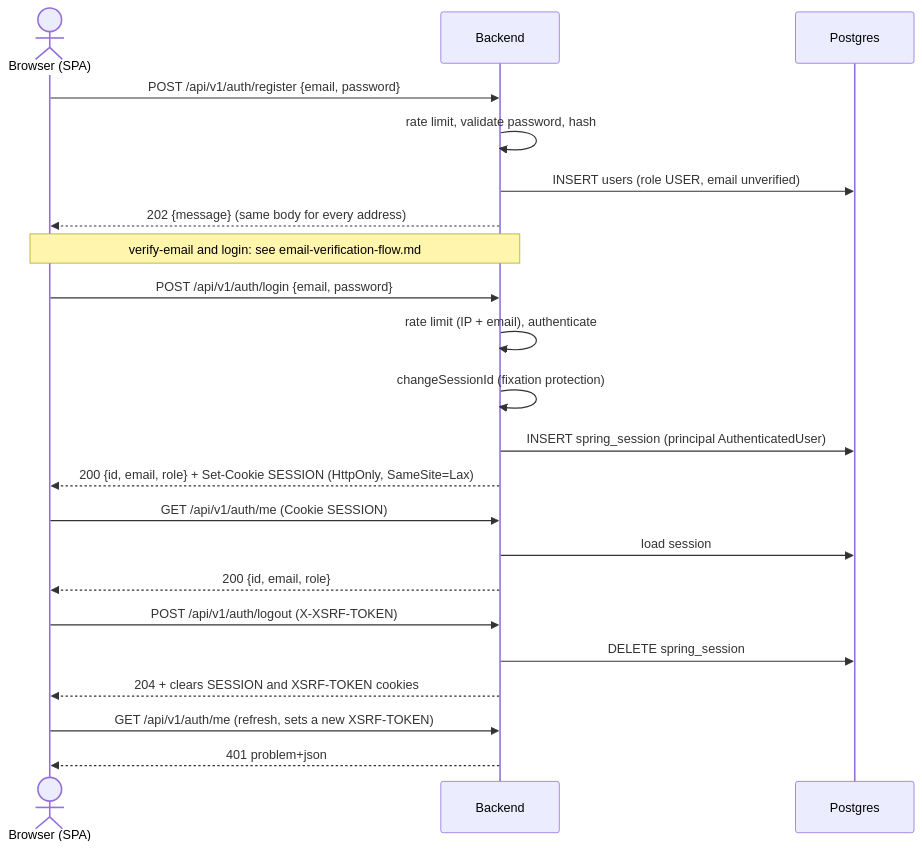
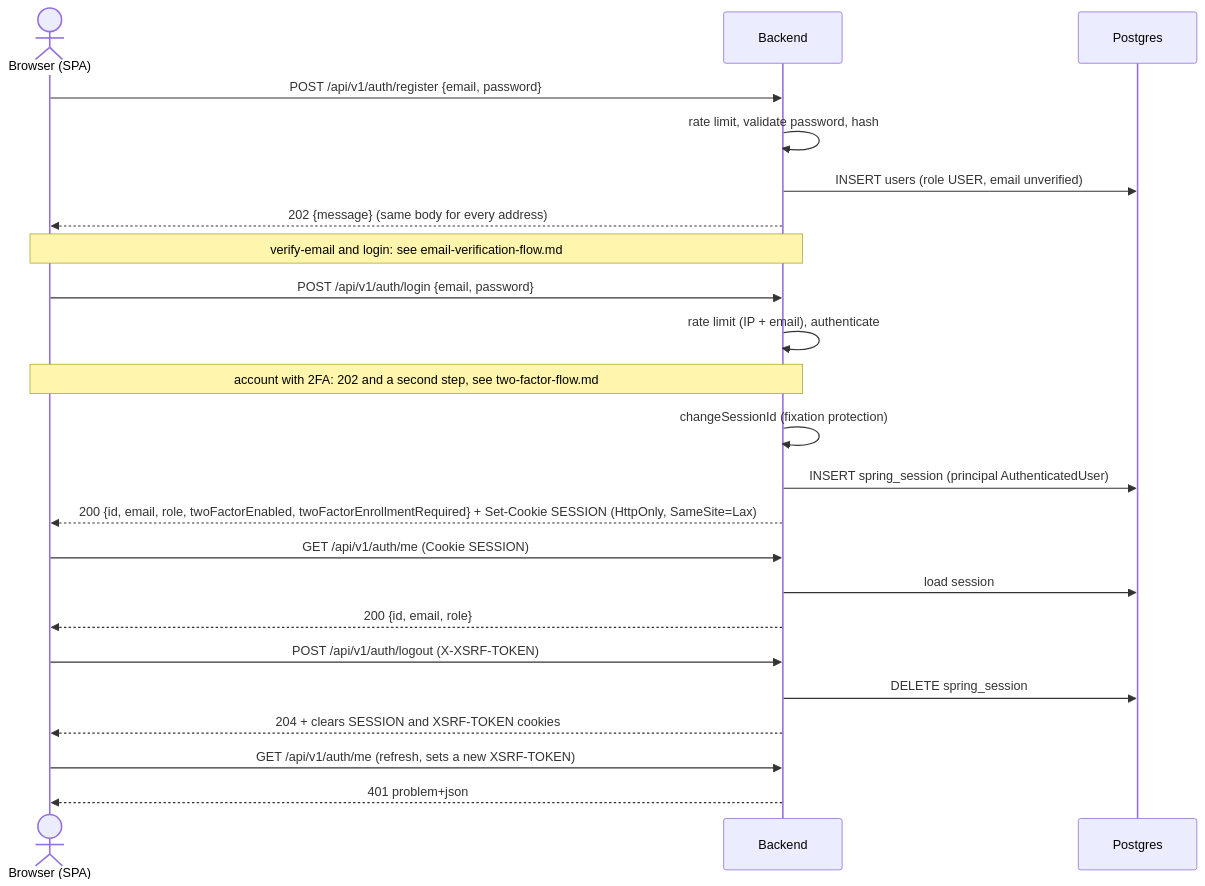
The first of 3 diagrams in docs/diagrams/auth-flow.md (makeitfine-org/phrasal), drawn with Mermaid before and after one commit. The commit also changed other lines of this file and 14 other files, not shown here.

Commit message:
docs: document two-factor authentication

````diff
--- a/docs/diagrams/auth-flow.md
+++ b/docs/diagrams/auth-flow.md
@@ -7,28 +7,29 @@
 ```mermaid
 sequenceDiagram
     actor U as Browser (SPA)
     participant B as Backend
     participant DB as Postgres
 
     U->>B: POST /api/v1/auth/register {email, password}
     B->>B: rate limit, validate password, hash
     B->>DB: INSERT users (role USER, email unverified)
     B-->>U: 202 {message} (same body for every address)
     Note over U,B: verify-email and login: see email-verification-flow.md
 
     U->>B: POST /api/v1/auth/login {email, password}
     B->>B: rate limit (IP + email), authenticate
+    Note over U,B: account with 2FA: 202 and a second step, see two-factor-flow.md
     B->>B: changeSessionId (fixation protection)
     B->>DB: INSERT spring_session (principal AuthenticatedUser)
-    B-->>U: 200 {id, email, role} + Set-Cookie SESSION (HttpOnly, SameSite=Lax)
+    B-->>U: 200 {id, email, role, twoFactorEnabled, twoFactorEnrollmentRequired} + Set-Cookie SESSION (HttpOnly, SameSite=Lax)
 
     U->>B: GET /api/v1/auth/me (Cookie SESSION)
     B->>DB: load session
     B-->>U: 200 {id, email, role}
 
     U->>B: POST /api/v1/auth/logout (X-XSRF-TOKEN)
     B->>DB: DELETE spring_session
     B-->>U: 204 + clears SESSION and XSRF-TOKEN cookies
     U->>B: GET /api/v1/auth/me (refresh, sets a new XSRF-TOKEN)
     B-->>U: 401 problem+json
 ```
````
